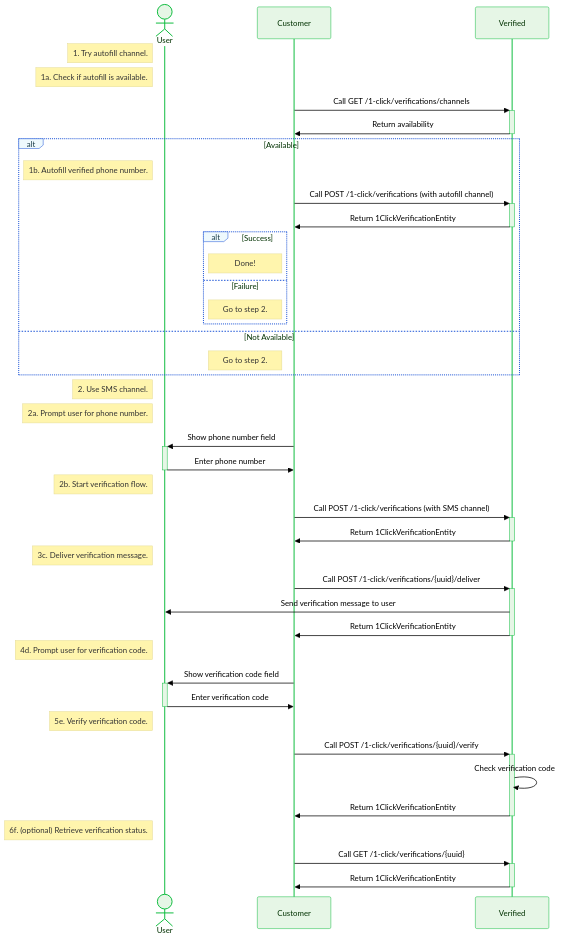
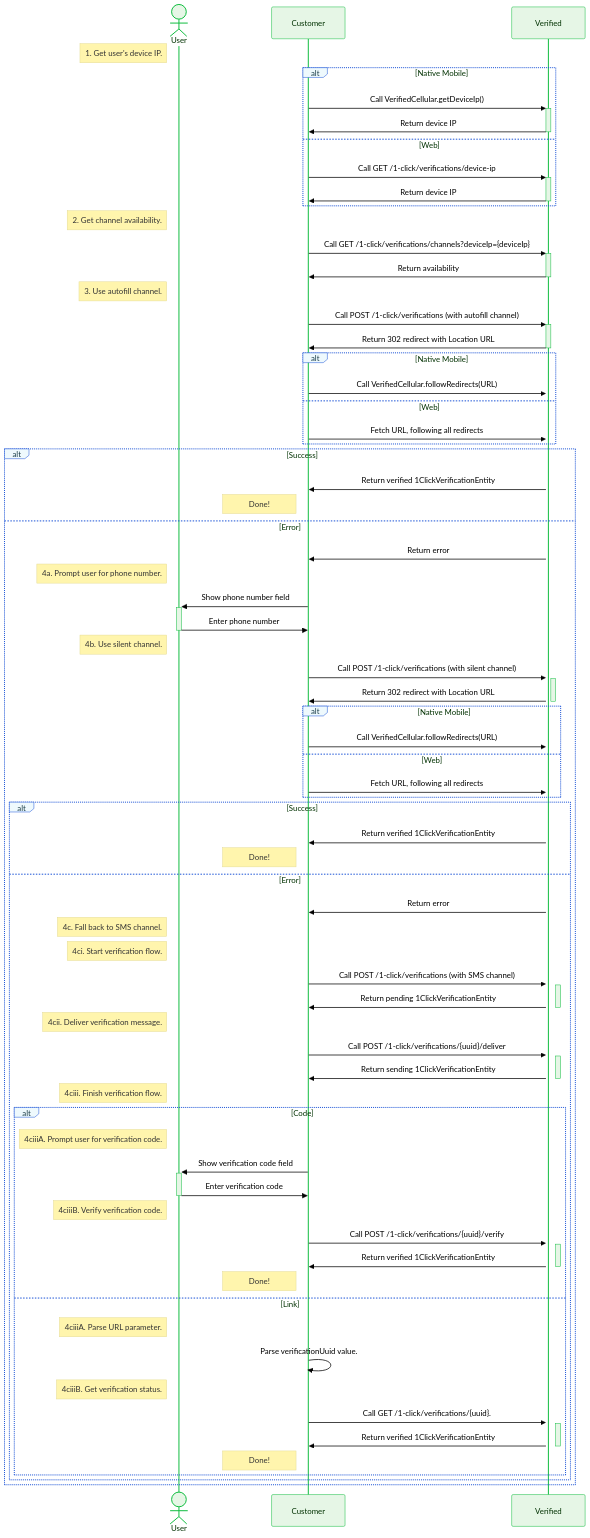
One commit to VerifiedInc/VerifiedInc.github.io changed the diagram in versioned_docs/version-2.1/reusables/sequence-diagram-1-click-verify-api.mdx. Above: the diagram before and after it, drawn with Mermaid. The commit also changed 41 other files, not shown here.

````diff
--- a/versioned_docs/version-2.1/reusables/sequence-diagram-1-click-verify-api.mdx
+++ b/versioned_docs/version-2.1/reusables/sequence-diagram-1-click-verify-api.mdx
@@ -25,43 +25,82 @@
     participant C as Customer
     participant V as Verified
 
-    Note left of U: 1. Try autofill channel.
-    Note left of U: 1a. Check if autofill is available.
-    C ->>+ V: Call GET /1-click/verifications/channels
+    Note left of U: 1. Get user's device IP.
+    alt Native Mobile
+        C ->>+ V: Call VerifiedCellular.getDeviceIp()
+        V ->>- C: Return device IP
+    else Web
+        C ->>+ V: Call GET /1-click/verifications/device-ip
+        V ->>- C: Return device IP
+    end
+
+    Note left of U: 2. Get channel availability.
+    C ->>+ V: Call GET /1-click/verifications/channels?deviceIp={deviceIp}
     V ->>- C: Return availability
-    alt Available
-        Note left of U: 1b. Autofill verified phone number.
-        C ->>+ V: Call POST /1-click/verifications (with autofill channel)
-        V ->>- C: Return 1ClickVerificationEntity
+    
+    Note left of U: 3. Use autofill channel.
+    C ->>+ V: Call POST /1-click/verifications (with autofill channel)
+    V ->>- C: Return 302 redirect with Location URL
+    alt Native Mobile
+        C ->>+ V: Call VerifiedCellular.followRedirects(URL)
+    else Web
+        C ->>+ V: Fetch URL, following all redirects
+    end
+    alt Success
+        V ->> C: Return verified 1ClickVerificationEntity
+        Note left of C: Done!
+    else Error
+        V ->> C: Return error
+
+        Note left of U: 4a. Prompt user for phone number.
+        C ->>+ U: Show phone number field
+        U ->>- C: Enter phone number
+
+        Note left of U: 4b. Use silent channel.
+        C ->>+ V: Call POST /1-click/verifications (with silent channel)
+        V ->>- C: Return 302 redirect with Location URL
+        alt Native Mobile
+            C ->>+ V: Call VerifiedCellular.followRedirects(URL)
+        else Web
+            C ->>+ V: Fetch URL, following all redirects
+        end
         alt Success
+            V ->> C: Return verified 1ClickVerificationEntity
             Note left of C: Done!
-        else Failure
-            Note left of C: Go to step 2.
+        else Error
+            V ->> C: Return error
+
+            Note left of U: 4c. Fall back to SMS channel.
+
+            Note left of U: 4ci. Start verification flow.
+            C ->>+ V: Call POST /1-click/verifications (with SMS channel)
+            V ->>- C: Return pending 1ClickVerificationEntity
+
+            Note left of U: 4cii. Deliver verification message.
+            C ->>+ V: Call POST /1-click/verifications/{uuid}/deliver
+            V ->>- C: Return sending 1ClickVerificationEntity
+
+            Note left of U: 4ciii. Finish verification flow.
+            alt Code
+
+                Note left of U: 4ciiiA. Prompt user for verification code.
+                C ->>+ U: Show verification code field
+                U ->>- C: Enter verification code
+
+                Note left of U: 4ciiiB. Verify verification code.
+                C ->>+ V: Call POST /1-click/verifications/{uuid}/verify
+                V ->>- C: Return verified 1ClickVerificationEntity
+                Note left of C: Done!
+            else Link
+
+                Note left of U: 4ciiiA. Parse URL parameter.
+                C ->> C: Parse verificationUuid value.
+
+                Note left of U: 4ciiiB. Get verification status.
+                C ->>+ V: Call GET /1-click/verifications/{uuid}.
+                V ->>- C: Return verified 1ClickVerificationEntity
+                Note left of C: Done!
+            end
         end
-    else Not Available
-        Note left of C: Go to step 2.
     end
-    
-
-    Note left of U: 2. Use SMS channel.
-    Note left of U: 2a. Prompt user for phone number.
-    C ->>+ U: Show phone number field
-    U ->>- C: Enter phone number
-    Note left of U: 2b. Start verification flow.
-    C ->>+ V: Call POST /1-click/verifications (with SMS channel)
-    V ->>- C: Return 1ClickVerificationEntity
-    Note left of U: 3c. Deliver verification message.
-    C ->>+ V: Call POST /1-click/verifications/{uuid}/deliver
-    V ->> U: Send verification message to user
-    V ->>- C: Return 1ClickVerificationEntity
-    Note left of U: 4d. Prompt user for verification code.
-    C ->>+ U: Show verification code field
-    U ->>- C: Enter verification code
-    Note left of U: 5e. Verify verification code.
-    C ->>+ V: Call POST /1-click/verifications/{uuid}/verify
-    V ->> V: Check verification code
-    V ->>- C: Return 1ClickVerificationEntity
-    Note left of U: 6f. (optional) Retrieve verification status.
-    C ->>+ V: Call GET /1-click/verifications/{uuid}
-    V ->>- C: Return 1ClickVerificationEntity
 ```
````
